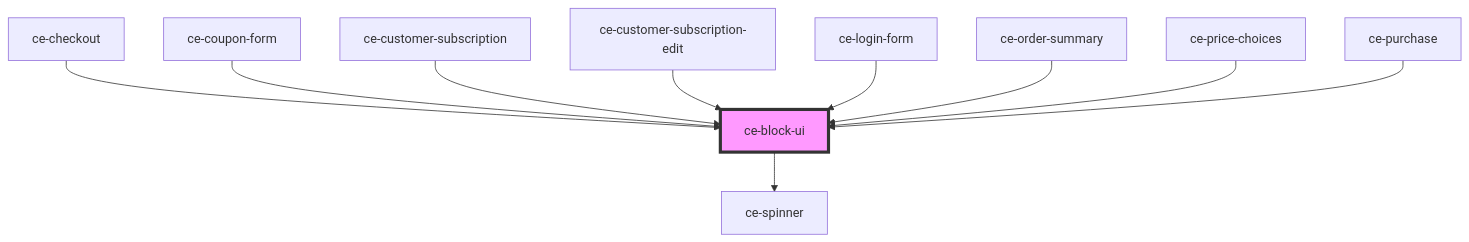
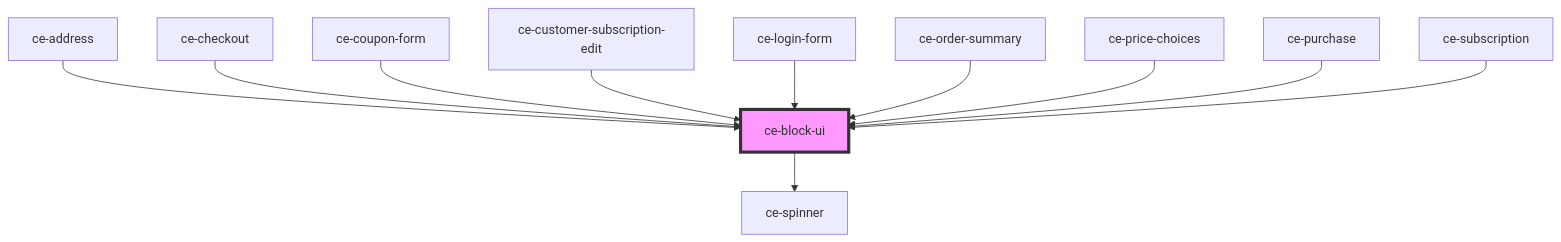
One commit to surecart/surecart-wp-plugin changed the diagram in packages/components/src/components/ui/block-ui/readme.md. Above: the diagram before and after it, drawn with Mermaid. The commit also changed other lines of this file and 162 other files, not shown here.

````diff
--- a/packages/components/src/components/ui/block-ui/readme.md
+++ b/packages/components/src/components/ui/block-ui/readme.md
@@ -35,13 +36,14 @@
 ```mermaid
 graph TD;
   ce-block-ui --> ce-spinner
+  ce-address --> ce-block-ui
   ce-checkout --> ce-block-ui
   ce-coupon-form --> ce-block-ui
-  ce-customer-subscription --> ce-block-ui
   ce-customer-subscription-edit --> ce-block-ui
   ce-login-form --> ce-block-ui
   ce-order-summary --> ce-block-ui
   ce-price-choices --> ce-block-ui
   ce-purchase --> ce-block-ui
+  ce-subscription --> ce-block-ui
   style ce-block-ui fill:#f9f,stroke:#333,stroke-width:4px
 ```
````
